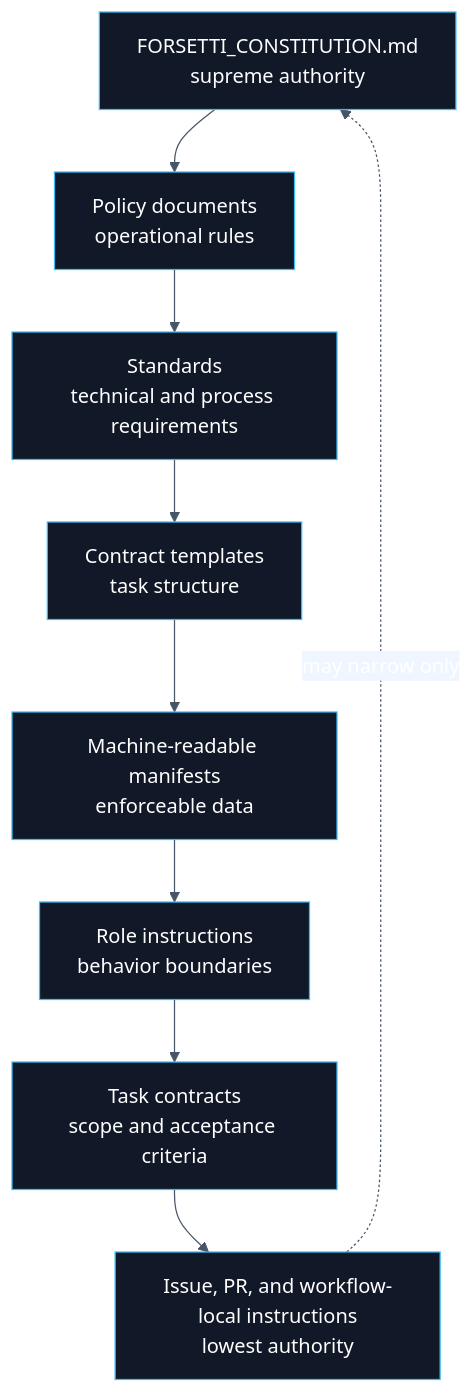
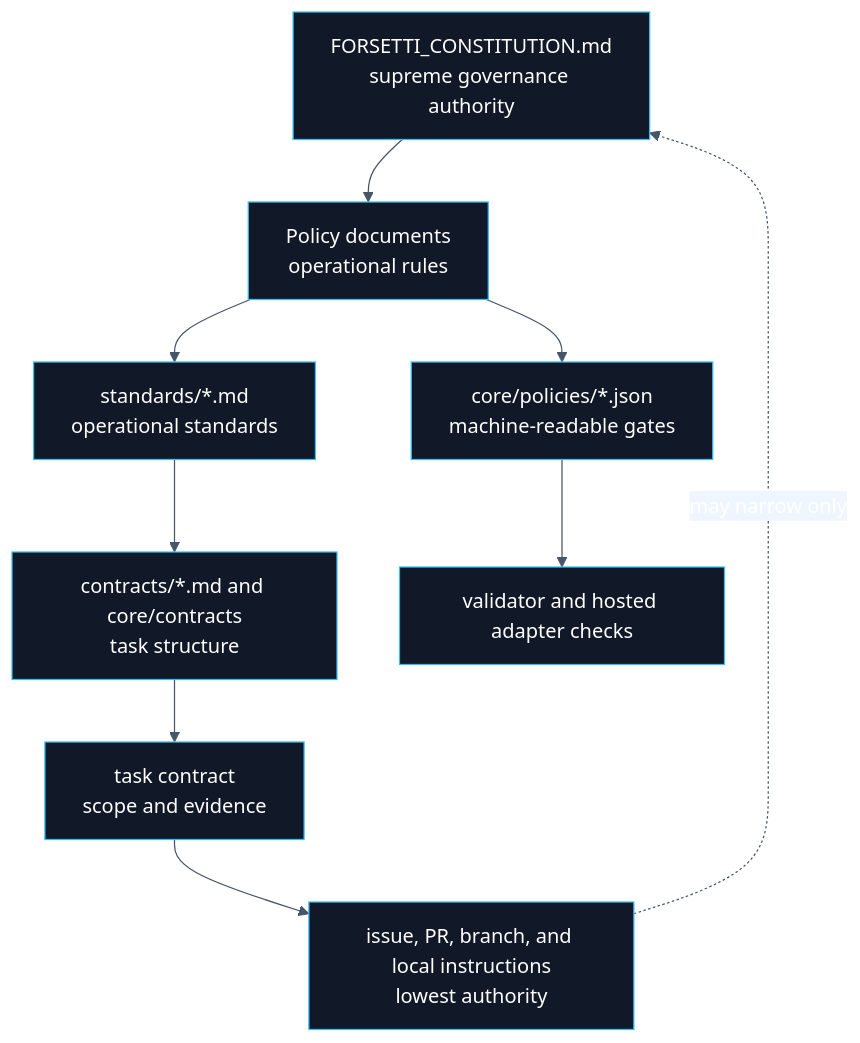
The first of 3 diagrams in wiki/Constitution.md (flynn33/forsetti-agentic-edition), drawn with Mermaid before and after one commit. The commit also changed other lines of this file and 11 other files, not shown here.

````diff
--- a/wiki/Constitution.md
+++ b/wiki/Constitution.md
@@ -12,13 +14,12 @@
 ```mermaid
 %%{init: {"theme":"base","themeVariables":{"primaryColor":"#111827","primaryTextColor":"#ffffff","primaryBorderColor":"#38bdf8","lineColor":"#475569","secondaryColor":"#eff6ff","tertiaryColor":"#f8fafc"}}}%%
 flowchart TB
-    C["FORSETTI_CONSTITUTION.md<br/>supreme authority"] --> P["Policy documents<br/>operational rules"]
-    P --> S["Standards<br/>technical and process requirements"]
-    S --> T["Contract templates<br/>task structure"]
-    T --> M["Machine-readable manifests<br/>enforceable data"]
-    M --> R["Role instructions<br/>behavior boundaries"]
-    R --> K["Task contracts<br/>scope and acceptance criteria"]
-    K --> L["Issue, PR, and workflow-local instructions<br/>lowest authority"]
-
-    L -. may narrow only .-> C
+    Constitution["FORSETTI_CONSTITUTION.md<br/>supreme governance authority"] --> Policies["Policy documents<br/>operational rules"]
+    Policies --> CorePolicies["core/policies/*.json<br/>machine-readable gates"]
+    Policies --> Standards["standards/*.md<br/>operational standards"]
+    Standards --> Contracts["contracts/*.md and core/contracts<br/>task structure"]
+    CorePolicies --> Validator["validator and hosted adapter checks"]
+    Contracts --> Task["task contract<br/>scope and evidence"]
+    Task --> PR["issue, PR, branch, and local instructions<br/>lowest authority"]
+    PR -. may narrow only .-> Constitution
 ```
````
